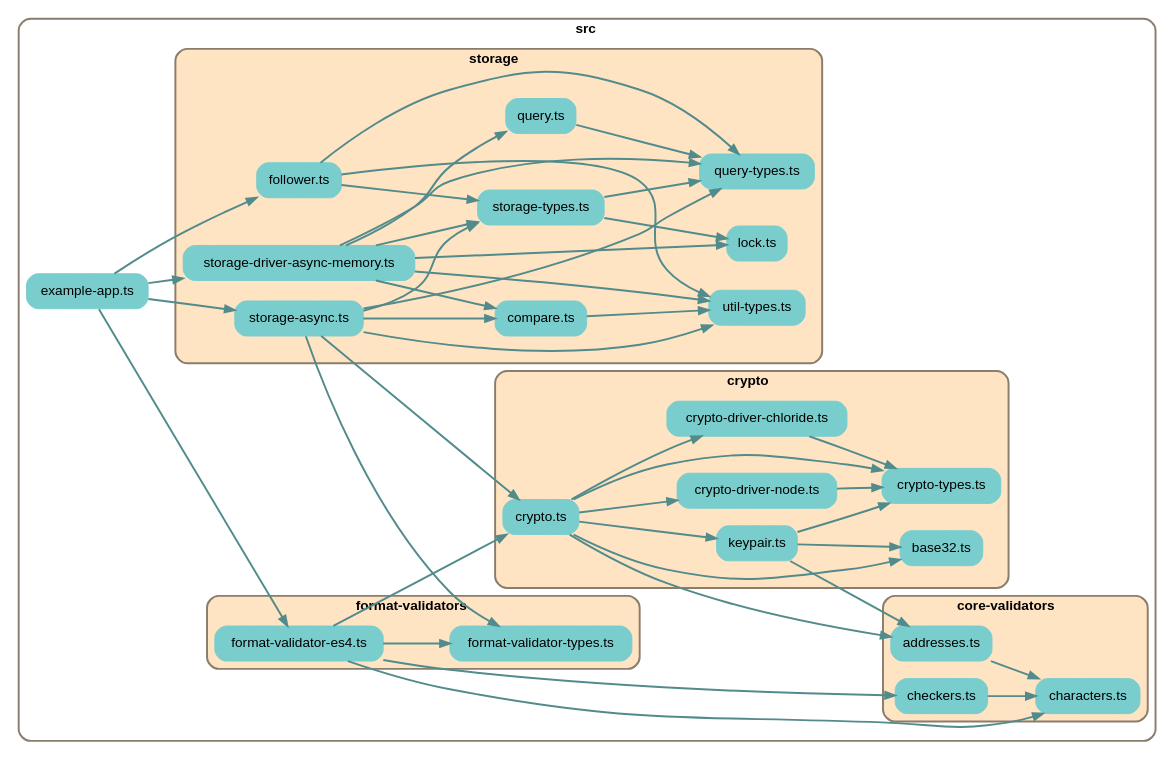
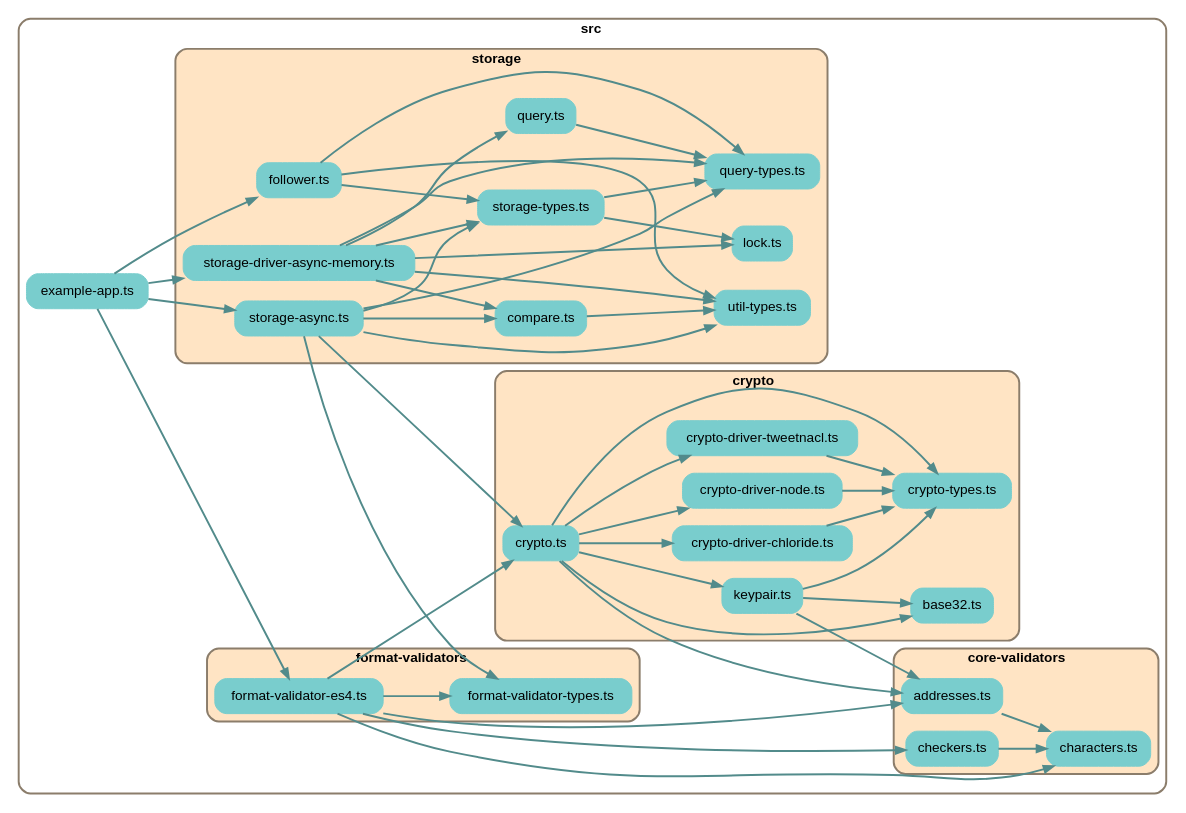
One commit to earthstar-project/earthstar changed the diagram in depchart/depchart-main.dot. Above: the diagram before and after it, drawn with Graphviz. The commit also changed 9 other files, not shown here.

```diff
--- a/depchart/depchart-main.dot
+++ b/depchart/depchart-main.dot
@@ -1,122 +1,126 @@
 
 digraph G {
     //splines=line;
     //splines=polyline;
     splines=true;
     rankdir=LR;
     //newrank=true;
     compound=true;
     graph [fontname = "helvetica"];  // dpi=72
     node [fontname = "helvetica"];
     edge [fontname = "helvetica"];
     
     // files in their folder clusters
 
-    subgraph cluster5430461797 {
+    subgraph cluster2738674125 {
         label=<<b>src</b>>;
         style="rounded";
         color=bisque4;
         penwidth=2;
                     
         "src/example-app.ts" [label="example-app.ts", shape=rectangle; style="rounded,filled"; color=darkslategray3];
 
-        subgraph cluster2317590487 {
+        subgraph cluster4887346154 {
             label=<<b>core-validators</b>>;
             style="rounded,filled";
             fillcolor=bisque;
             color=bisque4;
             penwidth=2;
                     
             "src/core-validators/addresses.ts" [label="addresses.ts", shape=rectangle; style="rounded,filled"; color=darkslategray3];
             "src/core-validators/characters.ts" [label="characters.ts", shape=rectangle; style="rounded,filled"; color=darkslategray3];
             "src/core-validators/checkers.ts" [label="checkers.ts", shape=rectangle; style="rounded,filled"; color=darkslategray3];
         }
 
-        subgraph cluster749538705 {
+        subgraph cluster8786068985 {
             label=<<b>crypto</b>>;
             style="rounded,filled";
             fillcolor=bisque;
             color=bisque4;
             penwidth=2;
                     
             "src/crypto/base32.ts" [label="base32.ts", shape=rectangle; style="rounded,filled"; color=darkslategray3];
             "src/crypto/crypto-driver-chloride.ts" [label="crypto-driver-chloride.ts", shape=rectangle; style="rounded,filled"; color=darkslategray3];
             "src/crypto/crypto-driver-node.ts" [label="crypto-driver-node.ts", shape=rectangle; style="rounded,filled"; color=darkslategray3];
+            "src/crypto/crypto-driver-tweetnacl.ts" [label="crypto-driver-tweetnacl.ts", shape=rectangle; style="rounded,filled"; color=darkslategray3];
             "src/crypto/crypto-types.ts" [label="crypto-types.ts", shape=rectangle; style="rounded,filled"; color=darkslategray3];
             "src/crypto/crypto.ts" [label="crypto.ts", shape=rectangle; style="rounded,filled"; color=darkslategray3];
             "src/crypto/keypair.ts" [label="keypair.ts", shape=rectangle; style="rounded,filled"; color=darkslategray3];
         }
 
-        subgraph cluster152781212 {
+        subgraph cluster2112574185 {
             label=<<b>format-validators</b>>;
             style="rounded,filled";
             fillcolor=bisque;
             color=bisque4;
             penwidth=2;
                     
             "src/format-validators/format-validator-es4.ts" [label="format-validator-es4.ts", shape=rectangle; style="rounded,filled"; color=darkslategray3];
             "src/format-validators/format-validator-types.ts" [label="format-validator-types.ts", shape=rectangle; style="rounded,filled"; color=darkslategray3];
         }
 
-        subgraph cluster9915131241 {
+        subgraph cluster480661218 {
             label=<<b>storage</b>>;
             style="rounded,filled";
             fillcolor=bisque;
             color=bisque4;
             penwidth=2;
                     
             "src/storage/compare.ts" [label="compare.ts", shape=rectangle; style="rounded,filled"; color=darkslategray3];
             "src/storage/follower.ts" [label="follower.ts", shape=rectangle; style="rounded,filled"; color=darkslategray3];
             "src/storage/lock.ts" [label="lock.ts", shape=rectangle; style="rounded,filled"; color=darkslategray3];
             "src/storage/query-types.ts" [label="query-types.ts", shape=rectangle; style="rounded,filled"; color=darkslategray3];
             "src/storage/query.ts" [label="query.ts", shape=rectangle; style="rounded,filled"; color=darkslategray3];
             "src/storage/storage-async.ts" [label="storage-async.ts", shape=rectangle; style="rounded,filled"; color=darkslategray3];
             "src/storage/storage-driver-async-memory.ts" [label="storage-driver-async-memory.ts", shape=rectangle; style="rounded,filled"; color=darkslategray3];
             "src/storage/storage-types.ts" [label="storage-types.ts", shape=rectangle; style="rounded,filled"; color=darkslategray3];
             "src/storage/util-types.ts" [label="util-types.ts", shape=rectangle; style="rounded,filled"; color=darkslategray3];
         }
     }
 
     // edges between files
     "src/core-validators/addresses.ts" -> "src/core-validators/characters.ts" [penwidth=2; color=darkslategray4];
     "src/core-validators/checkers.ts" -> "src/core-validators/characters.ts" [penwidth=2; color=darkslategray4];
     "src/crypto/crypto-driver-chloride.ts" -> "src/crypto/crypto-types.ts" [penwidth=2; color=darkslategray4];
     "src/crypto/crypto-driver-node.ts" -> "src/crypto/crypto-types.ts" [penwidth=2; color=darkslategray4];
+    "src/crypto/crypto-driver-tweetnacl.ts" -> "src/crypto/crypto-types.ts" [penwidth=2; color=darkslategray4];
     "src/crypto/crypto.ts" -> "src/crypto/crypto-driver-chloride.ts" [penwidth=2; color=darkslategray4];
     "src/crypto/crypto.ts" -> "src/crypto/crypto-driver-node.ts" [penwidth=2; color=darkslategray4];
+    "src/crypto/crypto.ts" -> "src/crypto/crypto-driver-tweetnacl.ts" [penwidth=2; color=darkslategray4];
     "src/crypto/crypto.ts" -> "src/crypto/crypto-types.ts" [penwidth=2; color=darkslategray4];
     "src/crypto/crypto.ts" -> "src/crypto/base32.ts" [penwidth=2; color=darkslategray4];
     "src/crypto/crypto.ts" -> "src/crypto/keypair.ts" [penwidth=2; color=darkslategray4];
     "src/crypto/crypto.ts" -> "src/core-validators/addresses.ts" [penwidth=2; color=darkslategray4];
     "src/crypto/keypair.ts" -> "src/crypto/base32.ts" [penwidth=2; color=darkslategray4];
     "src/crypto/keypair.ts" -> "src/crypto/crypto-types.ts" [penwidth=2; color=darkslategray4];
     "src/crypto/keypair.ts" -> "src/core-validators/addresses.ts" [penwidth=2; color=darkslategray4];
     "src/example-app.ts" -> "src/format-validators/format-validator-es4.ts" [penwidth=2; color=darkslategray4];
     "src/example-app.ts" -> "src/storage/storage-driver-async-memory.ts" [penwidth=2; color=darkslategray4];
     "src/example-app.ts" -> "src/storage/storage-async.ts" [penwidth=2; color=darkslategray4];
     "src/example-app.ts" -> "src/storage/follower.ts" [penwidth=2; color=darkslategray4];
     "src/format-validators/format-validator-es4.ts" -> "src/format-validators/format-validator-types.ts" [penwidth=2; color=darkslategray4];
     "src/format-validators/format-validator-es4.ts" -> "src/core-validators/characters.ts" [penwidth=2; color=darkslategray4];
     "src/format-validators/format-validator-es4.ts" -> "src/core-validators/checkers.ts" [penwidth=2; color=darkslategray4];
+    "src/format-validators/format-validator-es4.ts" -> "src/core-validators/addresses.ts" [penwidth=2; color=darkslategray4];
     "src/format-validators/format-validator-es4.ts" -> "src/crypto/crypto.ts" [penwidth=2; color=darkslategray4];
     "src/storage/compare.ts" -> "src/storage/util-types.ts" [penwidth=2; color=darkslategray4];
     "src/storage/follower.ts" -> "src/storage/util-types.ts" [penwidth=2; color=darkslategray4];
     "src/storage/follower.ts" -> "src/storage/query-types.ts" [penwidth=2; color=darkslategray4];
     "src/storage/follower.ts" -> "src/storage/storage-types.ts" [penwidth=2; color=darkslategray4];
     "src/storage/query.ts" -> "src/storage/query-types.ts" [penwidth=2; color=darkslategray4];
     "src/storage/storage-async.ts" -> "src/storage/util-types.ts" [penwidth=2; color=darkslategray4];
     "src/storage/storage-async.ts" -> "src/storage/query-types.ts" [penwidth=2; color=darkslategray4];
     "src/storage/storage-async.ts" -> "src/storage/storage-types.ts" [penwidth=2; color=darkslategray4];
     "src/storage/storage-async.ts" -> "src/format-validators/format-validator-types.ts" [penwidth=2; color=darkslategray4];
     "src/storage/storage-async.ts" -> "src/storage/compare.ts" [penwidth=2; color=darkslategray4];
     "src/storage/storage-async.ts" -> "src/crypto/crypto.ts" [penwidth=2; color=darkslategray4];
     "src/storage/storage-driver-async-memory.ts" -> "src/storage/util-types.ts" [penwidth=2; color=darkslategray4];
     "src/storage/storage-driver-async-memory.ts" -> "src/storage/query-types.ts" [penwidth=2; color=darkslategray4];
     "src/storage/storage-driver-async-memory.ts" -> "src/storage/storage-types.ts" [penwidth=2; color=darkslategray4];
     "src/storage/storage-driver-async-memory.ts" -> "src/storage/compare.ts" [penwidth=2; color=darkslategray4];
     "src/storage/storage-driver-async-memory.ts" -> "src/storage/query.ts" [penwidth=2; color=darkslategray4];
     "src/storage/storage-driver-async-memory.ts" -> "src/storage/lock.ts" [penwidth=2; color=darkslategray4];
     "src/storage/storage-types.ts" -> "src/storage/query-types.ts" [penwidth=2; color=darkslategray4];
     "src/storage/storage-types.ts" -> "src/storage/lock.ts" [penwidth=2; color=darkslategray4];
 
 }
```
